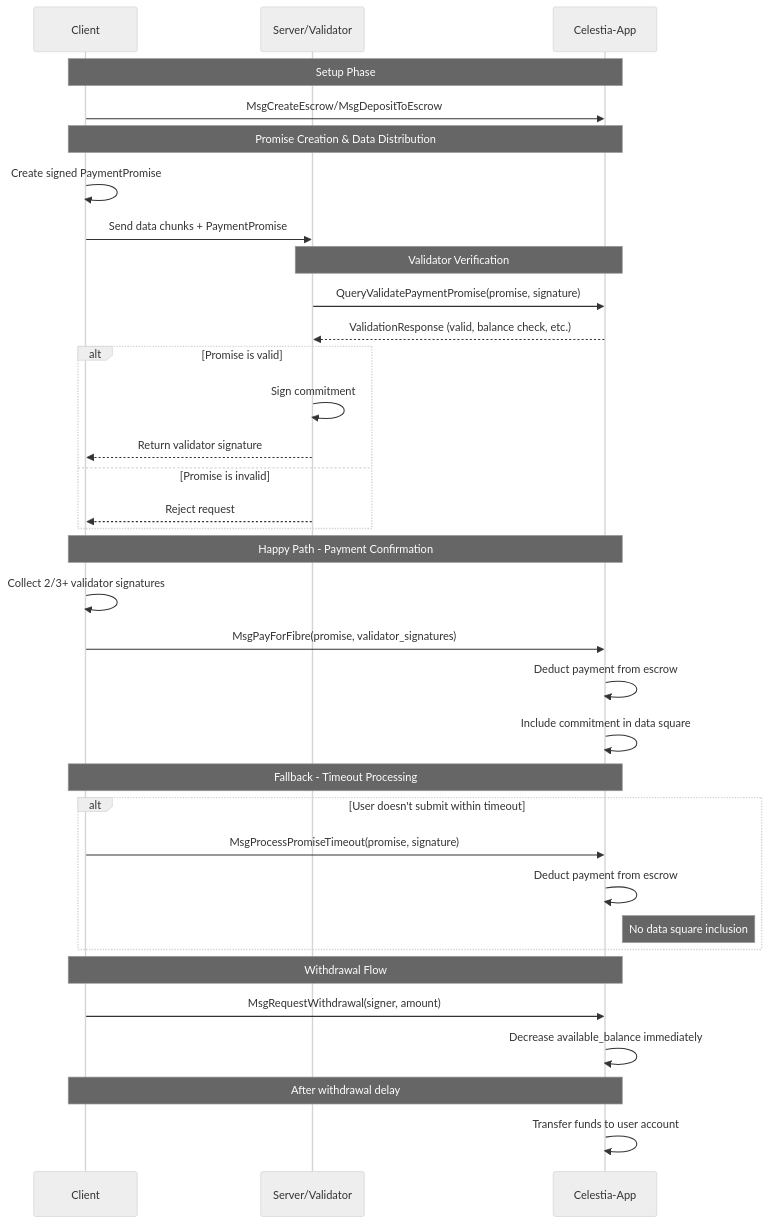
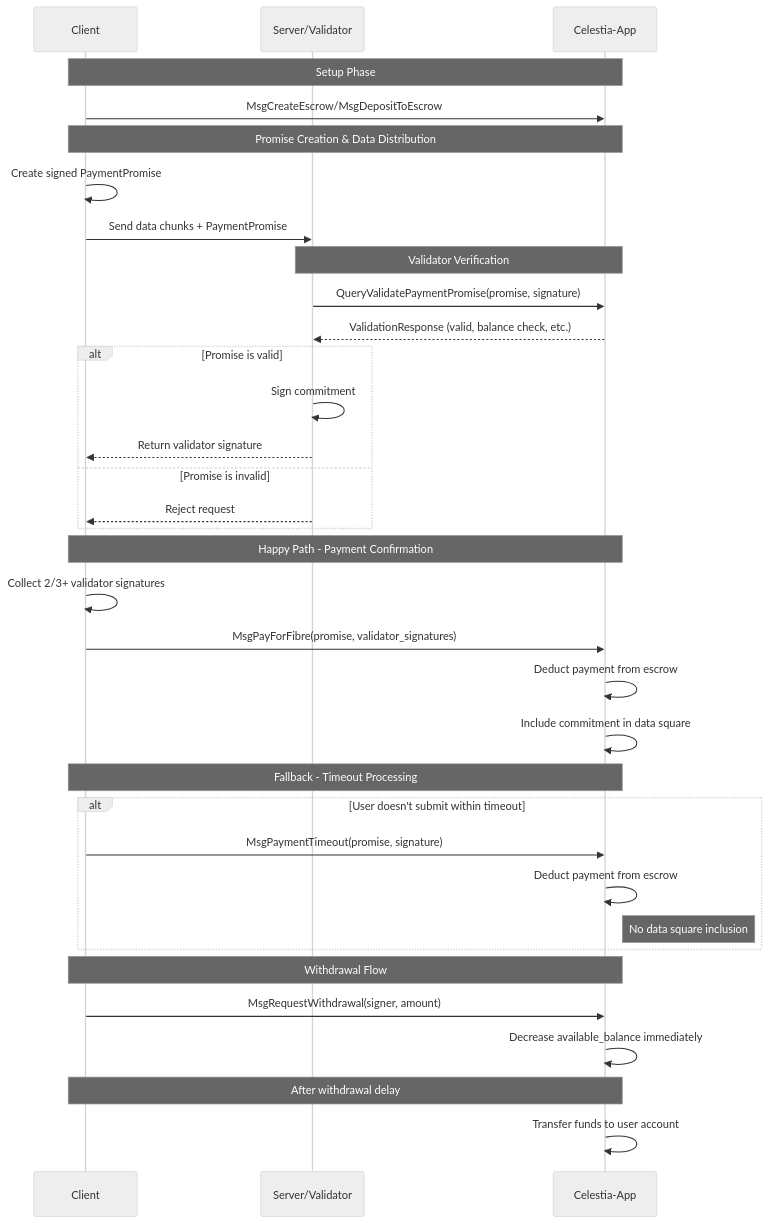
One commit to celestiaorg/celestia-app changed the diagram in spec.md. Above: the diagram before and after it, drawn with Mermaid (neutral theme). The commit also changed other lines of this file, not shown here.

Commit message:
refactor: MsgProcessPromiseTimeout --> MsgPaymentTimeout

````diff
--- a/spec.md
+++ b/spec.md
@@ -324,44 +324,44 @@
 ```mermaid
 sequenceDiagram
     participant C as Client
     participant S as Server/Validator
     participant A as Celestia-App
 
     Note over C,A: Setup Phase
     C->>A: MsgCreateEscrow/MsgDepositToEscrow
 
     Note over C,A: Promise Creation & Data Distribution
     C->>C: Create signed PaymentPromise
     C->>S: Send data chunks + PaymentPromise
 
     Note over S,A: Validator Verification
     S->>A: QueryValidatePaymentPromise(promise, signature)
     A-->>S: ValidationResponse (valid, balance check, etc.)
 
     alt Promise is valid
         S->>S: Sign commitment
         S-->>C: Return validator signature
     else Promise is invalid
         S-->>C: Reject request
     end
 
     Note over C,A: Happy Path - Payment Confirmation
     C->>C: Collect 2/3+ validator signatures
     C->>A: MsgPayForFibre(promise, validator_signatures)
     A->>A: Deduct payment from escrow
     A->>A: Include commitment in data square
 
     Note over C,A: Fallback - Timeout Processing
     alt User doesn't submit within timeout
-        C->>A: MsgProcessPromiseTimeout(promise, signature)
+        C->>A: MsgPaymentTimeout(promise, signature)
         A->>A: Deduct payment from escrow
         Note right of A: No data square inclusion
     end
 
     Note over C,A: Withdrawal Flow
     C->>A: MsgRequestWithdrawal(signer, amount)
     A->>A: Decrease available_balance immediately
 
     Note over C,A: After withdrawal delay
     A->>A: Transfer funds to user account
 ```
````
